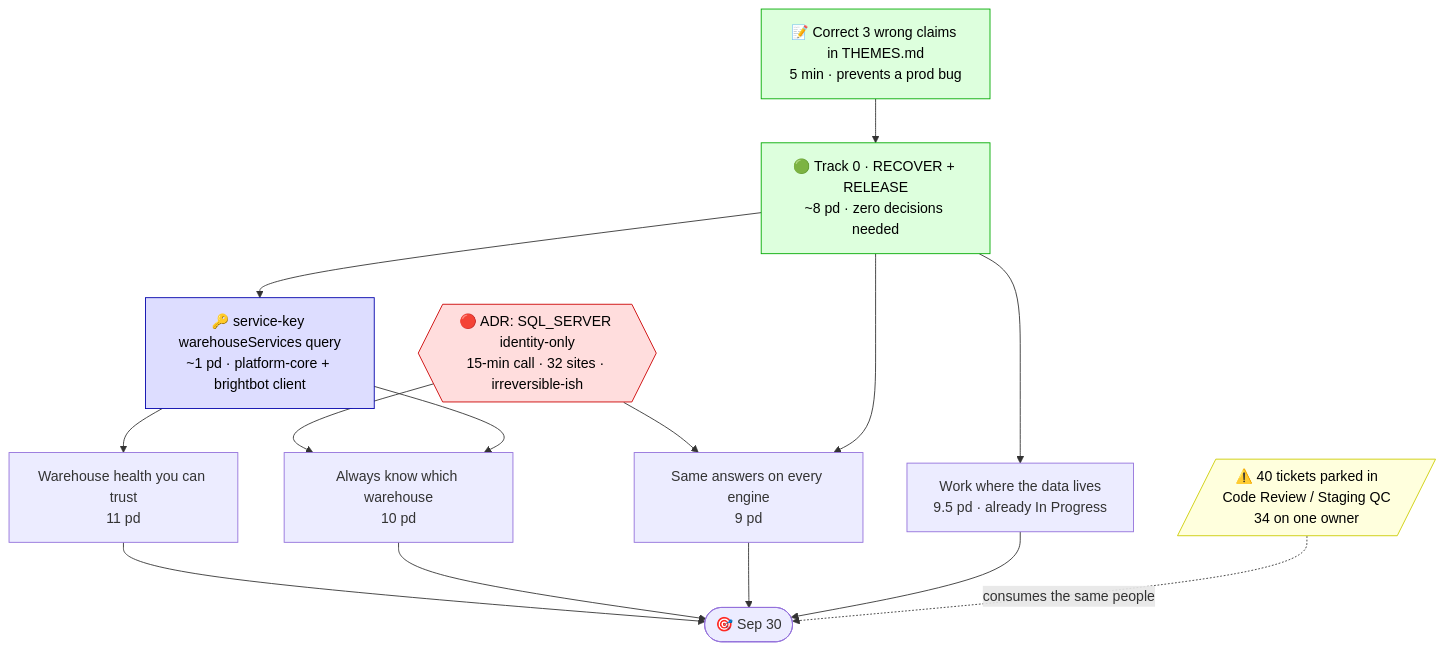
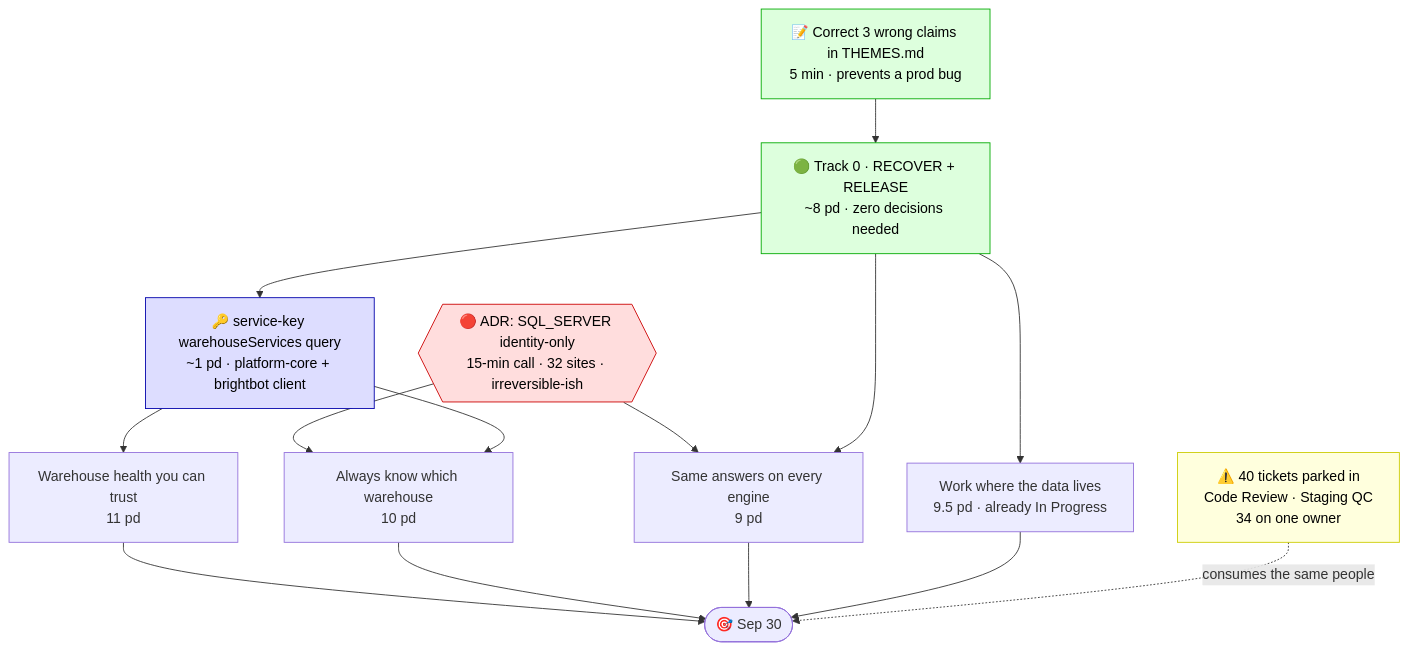
The diagram in docs/specs/ROADMAP.md (brighthive/agentic-project-mgmt), drawn with Mermaid before and after one commit.

Commit message:
docs(roadmap): avoid slash inside mermaid parallelogram node (BH-1036)

````diff
--- a/docs/specs/ROADMAP.md
+++ b/docs/specs/ROADMAP.md
@@ -65,39 +65,39 @@
 ```mermaid
 flowchart TD
     ADR{{"🔴 ADR: SQL_SERVER identity-only<br/>15-min call · 32 sites · irreversible-ish"}}
     FIX["📝 Correct 3 wrong claims in THEMES.md<br/>5 min · prevents a prod bug"]
 
     T0["🟢 Track 0 · RECOVER + RELEASE<br/>~8 pd · zero decisions needed"]
     QUERY["🔑 service-key warehouseServices query<br/>~1 pd · platform-core + brightbot client"]
 
     WH["Warehouse health you can trust<br/>11 pd"]
     CAT["Always know which warehouse<br/>10 pd"]
     XENG["Same answers on every engine<br/>9 pd"]
     ONPREM["Work where the data lives<br/>9.5 pd · already In Progress"]
 
-    PARKED[/"⚠️ 40 tickets parked in<br/>Code Review / Staging QC<br/>34 on one owner"/]
+    PARKED["⚠️ 40 tickets parked in<br/>Code Review · Staging QC<br/>34 on one owner"]
 
     FIX --> T0
     T0 --> QUERY
     ADR --> CAT
     ADR --> XENG
     QUERY --> WH
     QUERY --> CAT
     T0 --> XENG
     T0 --> ONPREM
 
     WH --> Q3(["🎯 Sep 30"])
     CAT --> Q3
     XENG --> Q3
     ONPREM --> Q3
     PARKED -.->|"consumes the same people"| Q3
 
     classDef adr fill:#fdd,stroke:#c00,color:#000;
     classDef go fill:#dfd,stroke:#0a0,color:#000;
     classDef key fill:#ddf,stroke:#00a,color:#000;
     classDef warn fill:#ffd,stroke:#cc0,color:#000;
     class ADR adr;
     class T0,FIX go;
     class QUERY key;
     class PARKED warn;
 ```
````
